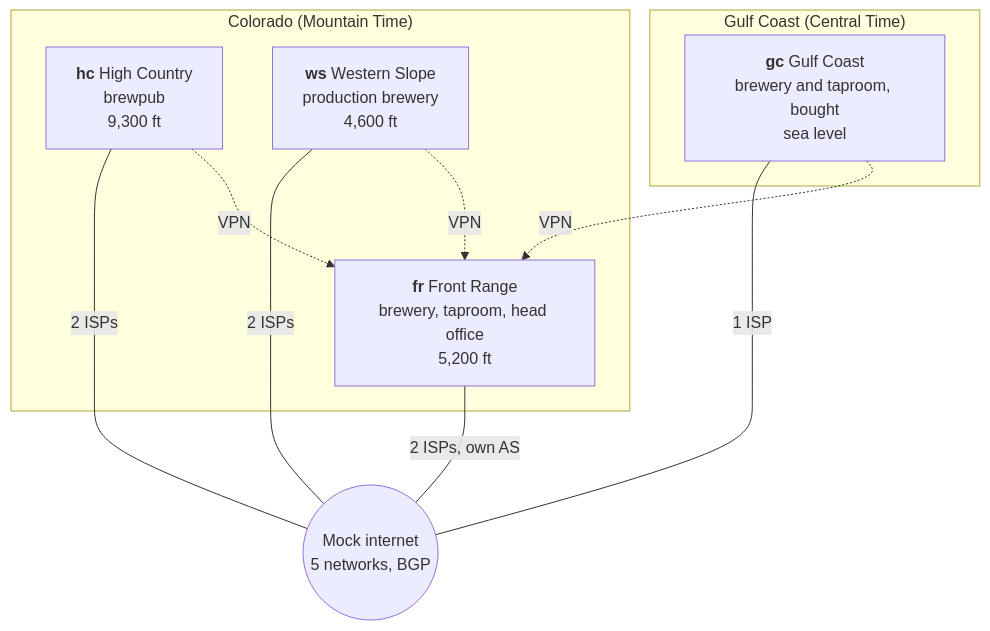
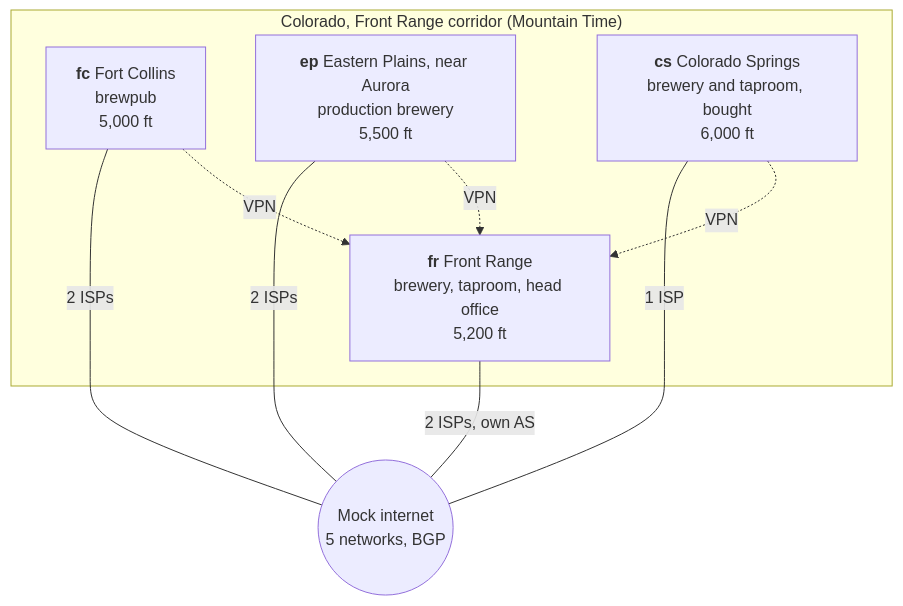
One commit to GhostofGoes/brew changed the second of 10 diagrams in docs/multisite/PLANS.md. Above: the diagram before and after it, drawn with Mermaid. The commit also changed other lines of this file and 35 other files, not shown here.

First line of the commit message:
refactor(cherrymountain): move the fleet's three other sites to Fort Collins, the eastern plains, and Colorado Springs

````diff
--- a/docs/multisite/PLANS.md
+++ b/docs/multisite/PLANS.md
@@ -164,19 +169,17 @@
 ```mermaid
 flowchart TB
-  subgraph CO["Colorado (Mountain Time)"]
+  subgraph CO["Colorado, Front Range corridor (Mountain Time)"]
+    FC["<b>fc</b> Fort Collins<br/>brewpub<br/>5,000 ft"]
     FR["<b>fr</b> Front Range<br/>brewery, taproom, head office<br/>5,200 ft"]
-    HC["<b>hc</b> High Country<br/>brewpub<br/>9,300 ft"]
-    WS["<b>ws</b> Western Slope<br/>production brewery<br/>4,600 ft"]
-  end
-  subgraph GULF["Gulf Coast (Central Time)"]
-    GC["<b>gc</b> Gulf Coast<br/>brewery and taproom, bought<br/>sea level"]
+    EP["<b>ep</b> Eastern Plains, near Aurora<br/>production brewery<br/>5,500 ft"]
+    CS["<b>cs</b> Colorado Springs<br/>brewery and taproom, bought<br/>6,000 ft"]
   end
   NET(("Mock internet<br/>5 networks, BGP"))
   FR ---|"2 ISPs, own AS"| NET
-  HC ---|"2 ISPs"| NET
-  WS ---|"2 ISPs"| NET
-  GC ---|"1 ISP"| NET
-  HC -. "VPN" .-> FR
-  WS -. "VPN" .-> FR
-  GC -. "VPN" .-> FR
+  FC ---|"2 ISPs"| NET
+  EP ---|"2 ISPs"| NET
+  CS ---|"1 ISP"| NET
+  FC -. "VPN" .-> FR
+  EP -. "VPN" .-> FR
+  CS -. "VPN" .-> FR
 ```
````
